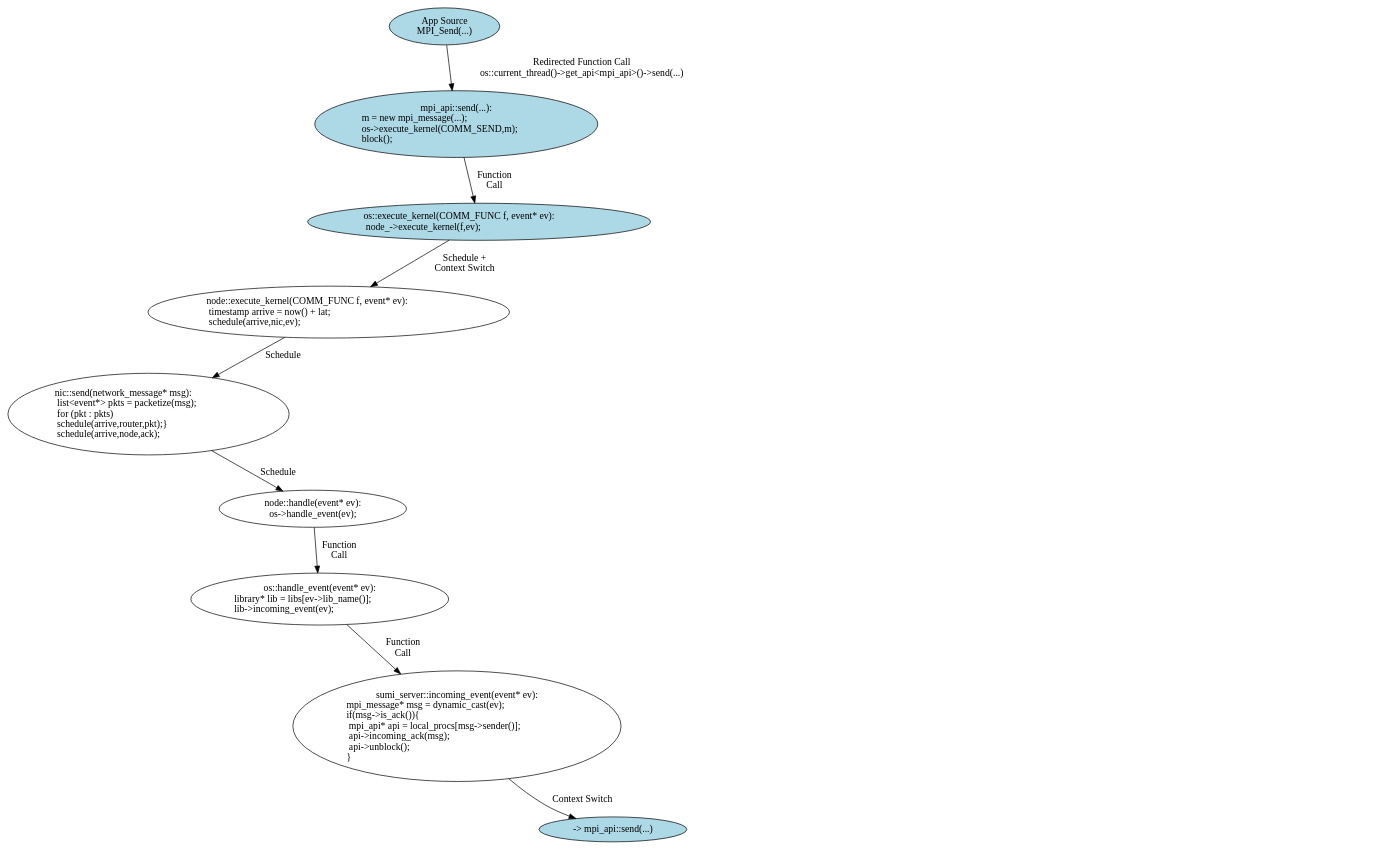
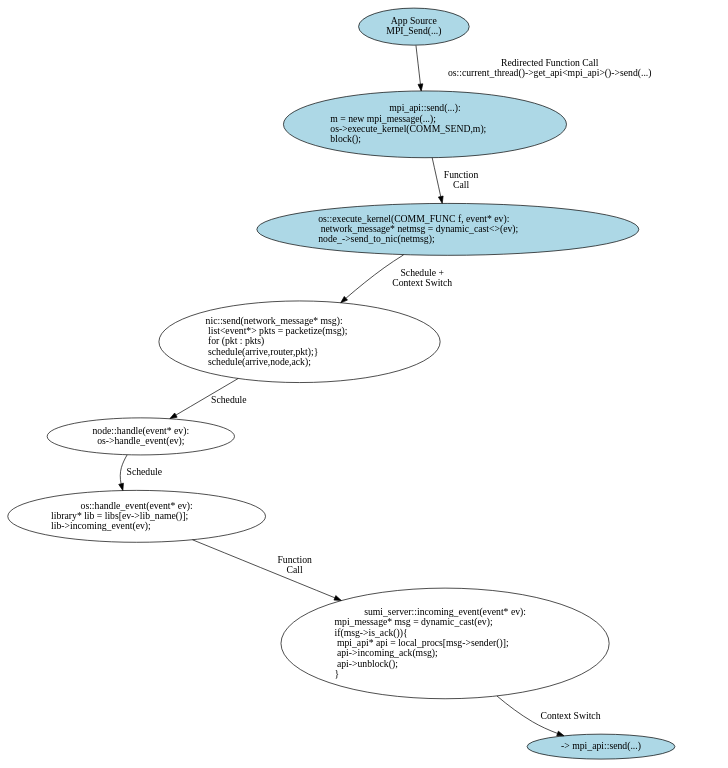
Before and after one commit to sstsimulator/sst-macro: the diagram in docs/developer/figures/des.dot, drawn with Graphviz. The commit also changed 5 other files, not shown here.

```diff
--- a/docs/developer/figures/des.dot
+++ b/docs/developer/figures/des.dot
@@ -1,42 +1,40 @@
 
 digraph { 
 
-nic0,nic1,nic2,nic3,nic5,nic6,nic7,nic8,
-mpi0,mpi1,mpi2,mpi3,mpi4,mpi5,mpi6,mpi8,
-node0,node1,node2,node4,node7,node8,
-os0,os1,os2,os3,os4,os5,os6,os7,os8,
-des1,des2,des5,
-thr13,thr14,thr15,thr16,thr17
+nic0,nic1,nic2,nic4,nic5,nic6,nic7,
+mpi0,mpi1,mpi2,mpi3,mpi4,mpi5,mpi7,
+node0,node1,node2,node3,node6,node7,
+thr13,thr14,thr15,thr16
 [style=invis];
 
 thr10 [style=filled,fillcolor="lightblue",label="App Source\nMPI_Send(...)"];
 thr11 [style=filled,fillcolor="lightblue",label="mpi_api::send(...):\nm = new mpi_message(...);\los->execute_kernel(COMM_SEND,m);\lblock();\l"];
-thr12 [style=filled,fillcolor="lightblue",label="os::execute_kernel(COMM_FUNC f, event* ev):\l  node_->execute_kernel(f,ev);\l"]
-node3 [label="node::execute_kernel(COMM_FUNC f, event* ev):\l  timestamp arrive = now() + lat;\l  schedule(arrive,nic,ev);\l"]
-nic4  [label="nic::send(network_message* msg):\l  list<event*> pkts = packetize(msg);\l  for (pkt : pkts)\l  schedule(arrive,router,pkt);}\l  schedule(arrive,node,ack);\l"]
-node5 [label="node::handle(event* ev):\nos->handle_event(ev);"]
-node6 [label="os::handle_event(event* ev):\nlibrary* lib = libs[ev->lib_name()];\llib->incoming_event(ev);\l"]
-mpi7  [label="sumi_server::incoming_event(event* ev):\nmpi_message* msg = dynamic_cast(ev);\lif(msg->is_ack()){\l  mpi_api* api = local_procs[msg->sender()];\l  api->incoming_ack(msg);\l  api->unblock();\l}\l"]
-thr18 [style=filled,fillcolor="lightblue",label=" -> mpi_api::send(...)"];
+thr12 [style=filled,fillcolor="lightblue",label="os::execute_kernel(COMM_FUNC f, event* ev):\l  network_message* netmsg = dynamic_cast<>(ev);\l node_->send_to_nic(netmsg);\l"]
+nic3  [label="nic::send(network_message* msg):\l  list<event*> pkts = packetize(msg);\l  for (pkt : pkts)\l  schedule(arrive,router,pkt);}\l  schedule(arrive,node,ack);\l"]
+node4 [label="node::handle(event* ev):\nos->handle_event(ev);"]
+node5 [label="os::handle_event(event* ev):\nlibrary* lib = libs[ev->lib_name()];\llib->incoming_event(ev);\l"]
+mpi6  [label="sumi_server::incoming_event(event* ev):\nmpi_message* msg = dynamic_cast(ev);\lif(msg->is_ack()){\l  mpi_api* api = local_procs[msg->sender()];\l  api->incoming_ack(msg);\l  api->unblock();\l}\l"]
+thr17 [style=filled,fillcolor="lightblue",label=" -> mpi_api::send(...)"];
 
 
 
 
 edge[style=invis];
-node0->node1->node2->node3->node4->node5->node6->node7->node8;
-nic0->nic1->nic2->nic3->nic4->nic5->nic6->nic7->nic8;
-thr10->thr11->thr12->thr13->thr14->thr15->thr16->thr17->thr18;
-mpi0->mpi1->mpi2->mpi3->mpi4->mpi5->mpi6->mpi7->mpi8;
+node0->node1->node2->node3->node4->node5->node6->node7;
+nic0->nic1->nic2->nic3->nic4->nic5->nic6->nic7;
+thr10->thr11->thr12->thr13->thr14->thr15->thr16->thr17;
+mpi0->mpi1->mpi2->mpi3->mpi4->mpi5->mpi6->mpi7;
 
 
 edge[style=solid];
 thr10->thr11 [label="Redirected Function Call\nos::current_thread()->get_api<mpi_api>()->send(...)"];
 thr11->thr12 [label="Function\nCall"];
-thr12->node3 [label="Schedule + \nContext Switch"];
-node3->nic4 [label="Schedule"];
-nic4->node5 [label="Schedule"];
-node5->node6 [label="Function\nCall"];
-node6->mpi7 [label="Function\nCall"];
-mpi7->thr18 [label="Context Switch"];
+thr12->nic3 [label="Schedule + \nContext Switch"];
+nic3->node4 [label="Schedule"];
+node4->node5 [label="Schedule"];
+node5->mpi6 [label="Function\nCall"];
+mpi6->thr17 [label="Context Switch"];
+
+#mpi6->thr17 [label="Function\nCall"];
 
 }
```
